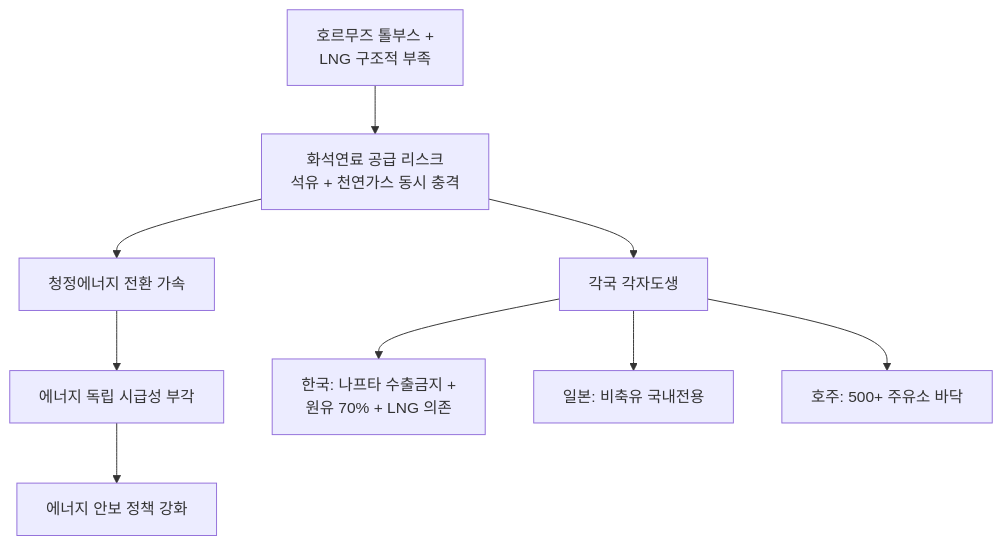
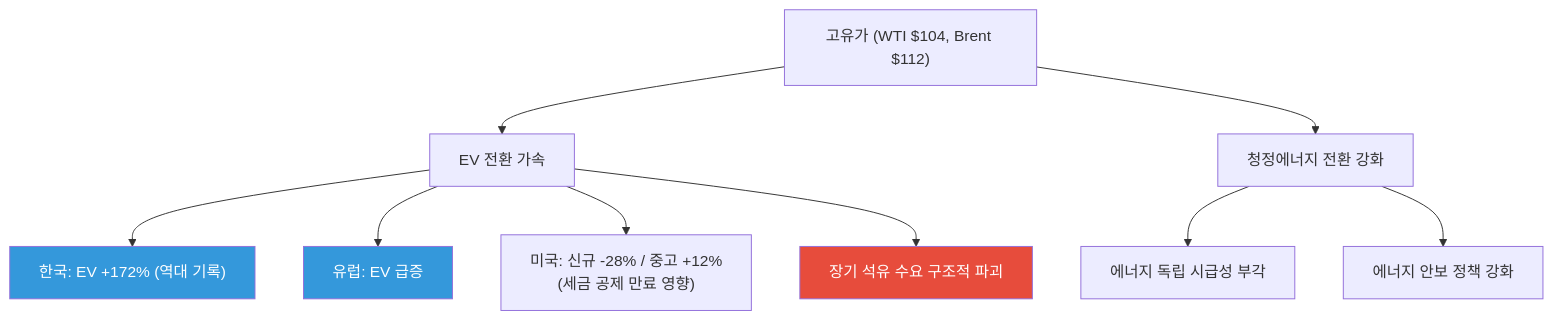
Before and after one commit to dss99911/dss99911.github.io: the eighth of 11 diagrams in _posts/knowledge/invest/2026-03-07-energy-sector-outlook-2026.md, drawn with Mermaid. The commit also changed other lines of this file and 3 other files, not shown here.

````diff
--- a/_posts/knowledge/invest/2026-03-07-energy-sector-outlook-2026.md
+++ b/_posts/knowledge/invest/2026-03-07-energy-sector-outlook-2026.md
@@ -369,11 +373,17 @@
 ```mermaid
 graph TD
-    A["호르무즈 톨부스 +<br/>LNG 구조적 부족"] --> B["화석연료 공급 리스크<br/>석유 + 천연가스 동시 충격"]
-    B --> C["청정에너지 전환 가속"]
-    C --> D["에너지 독립 시급성 부각"]
-    B --> E["각국 각자도생"]
-    E --> F["한국: 나프타 수출금지 +<br/>원유 70% + LNG 의존"]
-    E --> G["일본: 비축유 국내전용"]
-    E --> H["호주: 500+ 주유소 바닥"]
-    D --> I["에너지 안보 정책 강화"]
+    A["고유가 #40;WTI $104, Brent $112#41;"] --> B["EV 전환 가속"]
+    B --> C["한국: EV +172% #40;역대 기록#41;"]
+    B --> D["유럽: EV 급증"]
+    B --> E["미국: 신규 -28% / 중고 +12%<br/>#40;세금 공제 만료 영향#41;"]
+
+    A --> F["청정에너지 전환 강화"]
+    F --> G["에너지 독립 시급성 부각"]
+    F --> H["에너지 안보 정책 강화"]
+
+    B --> I["장기 석유 수요 구조적 파괴"]
+
+    style C fill:#3498db,color:#fff
+    style D fill:#3498db,color:#fff
+    style I fill:#e74c3c,color:#fff
 ```
````
